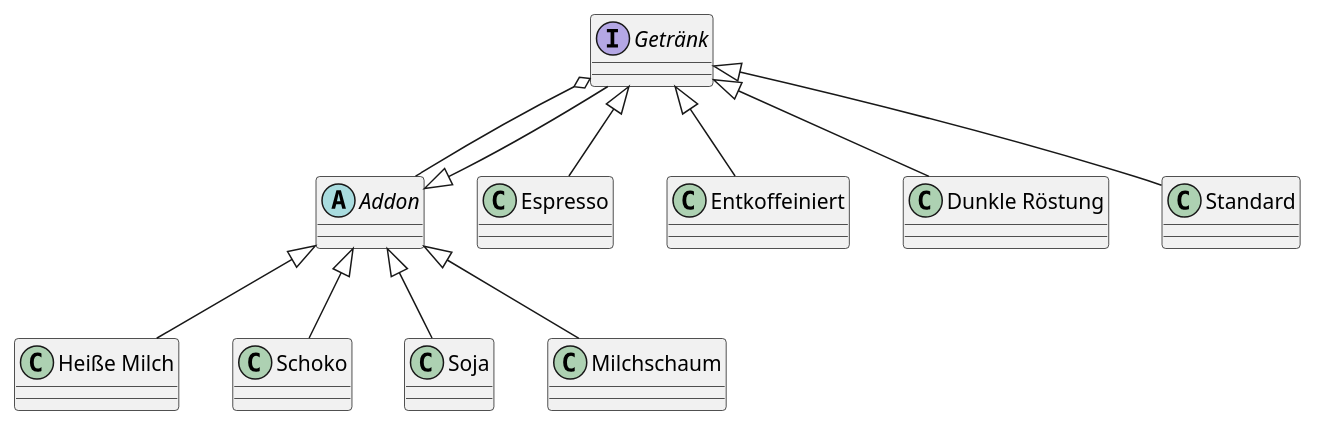
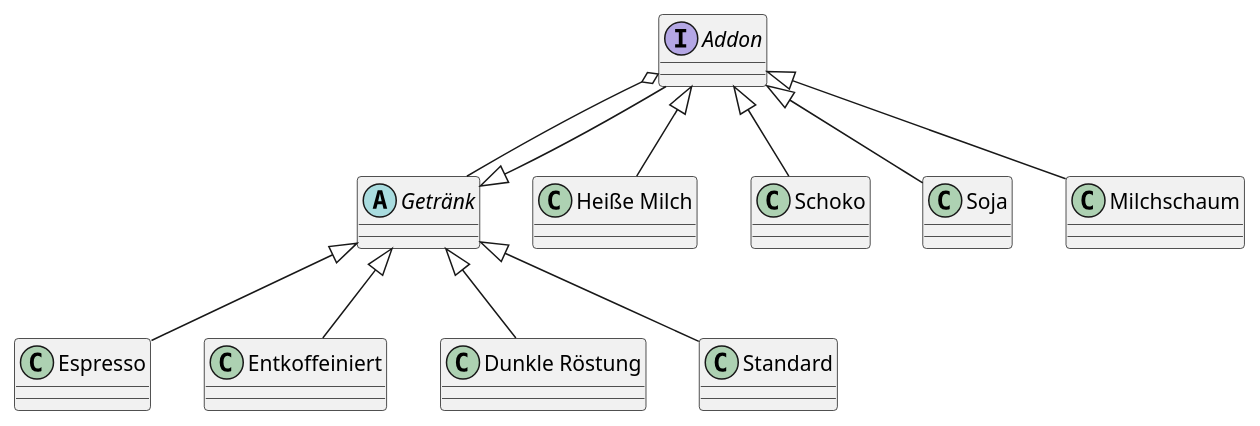
Before and after one commit to K1ntsugi/SoftwareEngineering_2_Vinf5: the diagram in uebung/1/a6_b.plantuml, drawn with PlantUML. The commit also changed 5 other files, not shown here.

```diff
--- a/uebung/1/a6_b.plantuml
+++ b/uebung/1/a6_b.plantuml
@@ -1,29 +1,29 @@
 @startuml Übungseinheit 1 Aufgabe 6 - Decorator
 
-interface "Getränk" as Decorator
-abstract class "Addon" as Component
+interface "Addon" as Decorator
+abstract class "Getränk" as Component
 
-class "Heiße Milch" as Concrete_Component_1
-class "Schoko" as Concrete_Component_2
-class "Soja" as Concrete_Component_3
-class "Milchschaum" as Concrete_Component_4
+class "Heiße Milch" as Concrete_Decorator_1
+class "Schoko" as Concrete_Decorator_2
+class "Soja" as Concrete_Decorator_3
+class "Milchschaum" as Concrete_Decorator_4
 
-class "Espresso" as Concrete_Decorator_1 
-class "Entkoffeiniert" as Concrete_Decorator_2
-class "Dunkle Röstung" as Concrete_Decorator_3
-class "Standard" as Concrete_Decorator_4
+class "Espresso" as Concrete_Component_1
+class "Entkoffeiniert" as Concrete_Component_2
+class "Dunkle Röstung" as Concrete_Component_3
+class "Standard" as Concrete_Component_4
 
 
 Decorator o-- Component
 Component <|-- Decorator
 
 Component <|-- Concrete_Component_1
 Component <|-- Concrete_Component_2
 Component <|-- Concrete_Component_3
 Component <|-- Concrete_Component_4
 
 Decorator <|-- Concrete_Decorator_1
 Decorator <|-- Concrete_Decorator_2 
 Decorator <|-- Concrete_Decorator_3 
 Decorator <|-- Concrete_Decorator_4 
 @enduml
```
